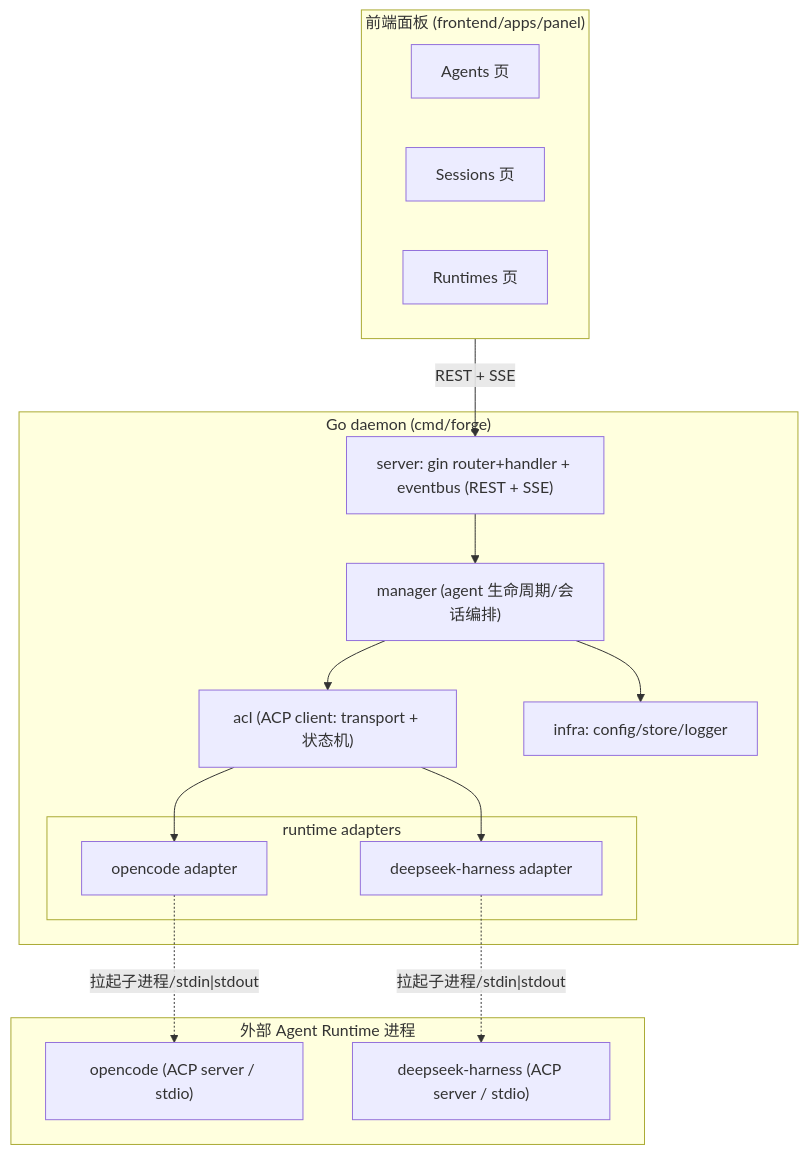
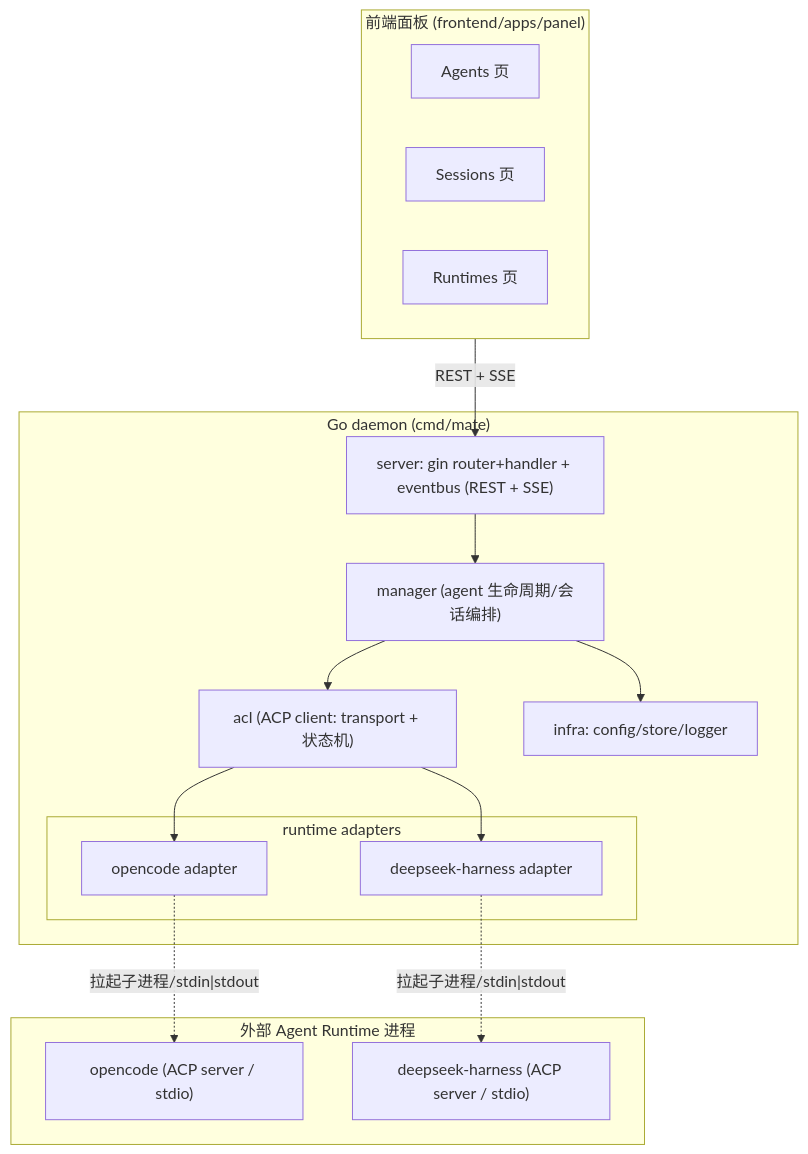
One commit to morehao/ark-mate changed the diagram in docs/architect-design.md. Above: the diagram before and after it, drawn with Mermaid. The commit also changed other lines of this file and 442 other files, not shown here.

````diff
--- a/docs/architect-design.md
+++ b/docs/architect-design.md
@@ -120,33 +124,33 @@
 ```mermaid
 graph TB
     subgraph FE["前端面板 (frontend/apps/panel)"]
         PA["Agents 页"]
         PS["Sessions 页"]
         PR["Runtimes 页"]
     end
 
-    subgraph BE["Go daemon (cmd/forge)"]
+    subgraph BE["Go daemon (cmd/mate)"]
         API["server: gin router+handler + eventbus (REST + SSE)"]
         MGR["manager (agent 生命周期/会话编排)"]
         ACL["acl (ACP client: transport + 状态机)"]
         subgraph RT["runtime adapters"]
             O["opencode adapter"]
             H["deepseek-harness adapter"]
         end
         INFRA["infra: config/store/logger"]
     end
 
     subgraph AGENTS["外部 Agent Runtime 进程"]
         OPROC["opencode (ACP server / stdio)"]
         HPROC["deepseek-harness (ACP server / stdio)"]
     end
 
     FE -->|REST + SSE| API
     API --> MGR
     MGR --> ACL
     ACL --> O
     ACL --> H
     O -.拉起子进程/stdin|stdout.-> OPROC
     H -.拉起子进程/stdin|stdout.-> HPROC
     MGR --> INFRA
 ```
````
